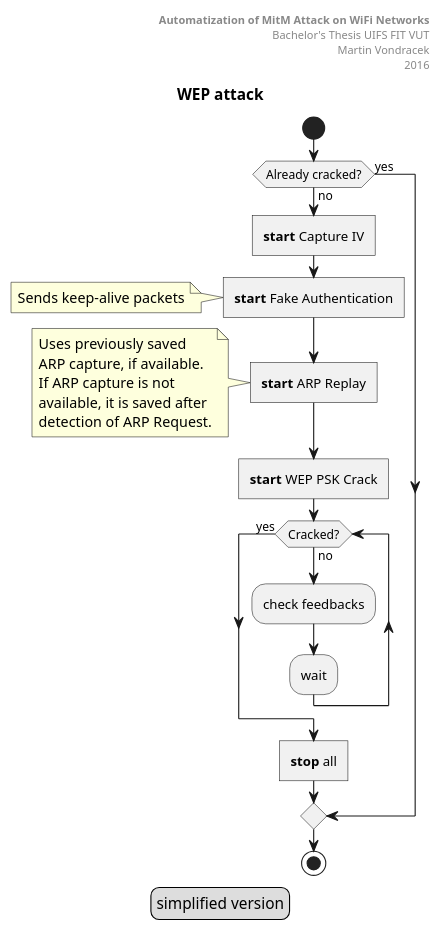
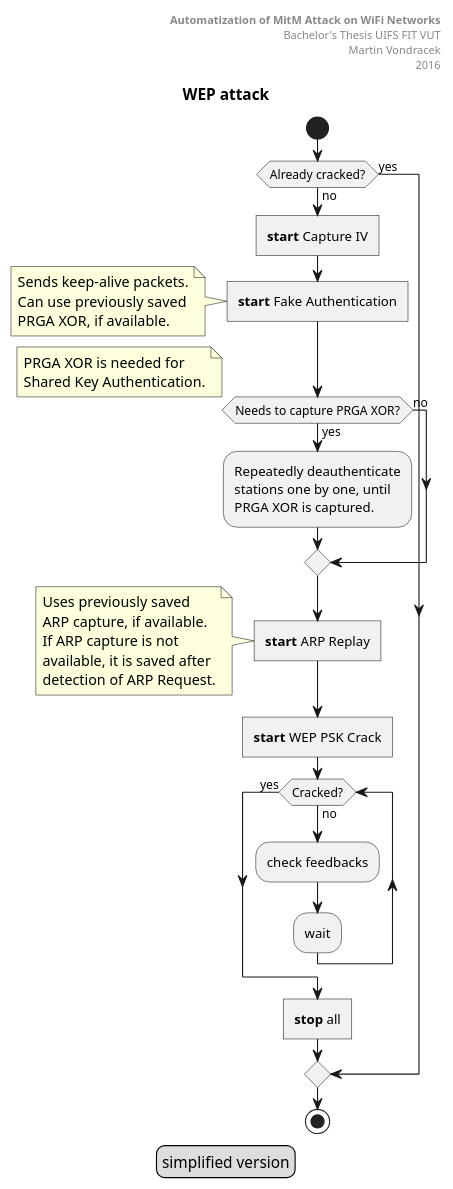
One commit to mvondracek/wifimitm changed the diagram in doc/WEP attack.puml. Above: the diagram before and after it, drawn with PlantUML.

Commit message:
doc updated activity WEP attack

```diff
--- a/doc/WEP attack.puml
+++ b/doc/WEP attack.puml
@@ -1,43 +1,57 @@
 @startuml
 title WEP attack
 header
 **Automatization of MitM Attack on WiFi Networks**
 Bachelor's Thesis UIFS FIT VUT
 Martin Vondracek
 2016
 end header
 legend
 simplified version
 end legend
 
 start
 
 if (Already cracked?) then (no)
 
 
     :**start** Capture IV]
     :**start** Fake Authentication]
     note
-        Sends keep-alive packets
+        Sends keep-alive packets.
+        Can use previously saved
+        PRGA XOR, if available.
     end note
+    if (Needs to capture PRGA XOR?) then (yes)
+        note
+        PRGA XOR is needed for
+        Shared Key Authentication.
+        end note
+
+        :Repeatedly deauthenticate
+        stations one by one, until
+        PRGA XOR is captured.;
+    else (no)
+    endif
+
     :**start** ARP Replay]
     note
         Uses previously saved
         ARP capture, if available.
         If ARP capture is not
         available, it is saved after
         detection of ARP Request.
     end note
 
     :**start** WEP PSK Crack]
 
     while (Cracked?) is (no)
         :check feedbacks;
         :wait;
     end while (yes)
 
     :**stop** all]
 else (yes)
 endif
 stop
 @enduml
```
